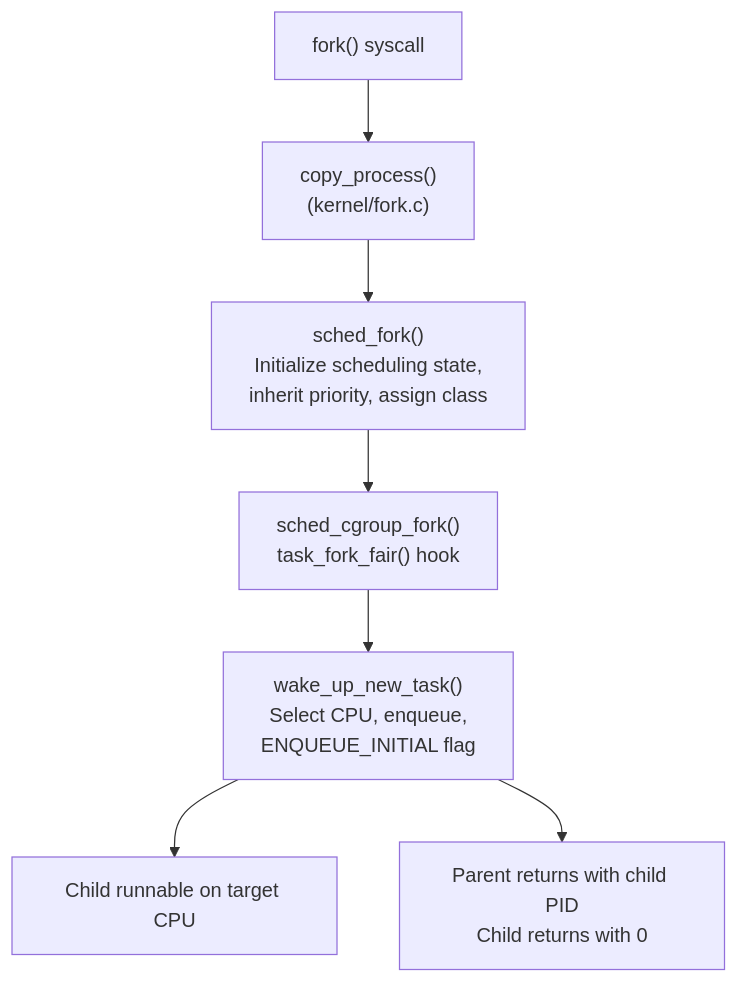
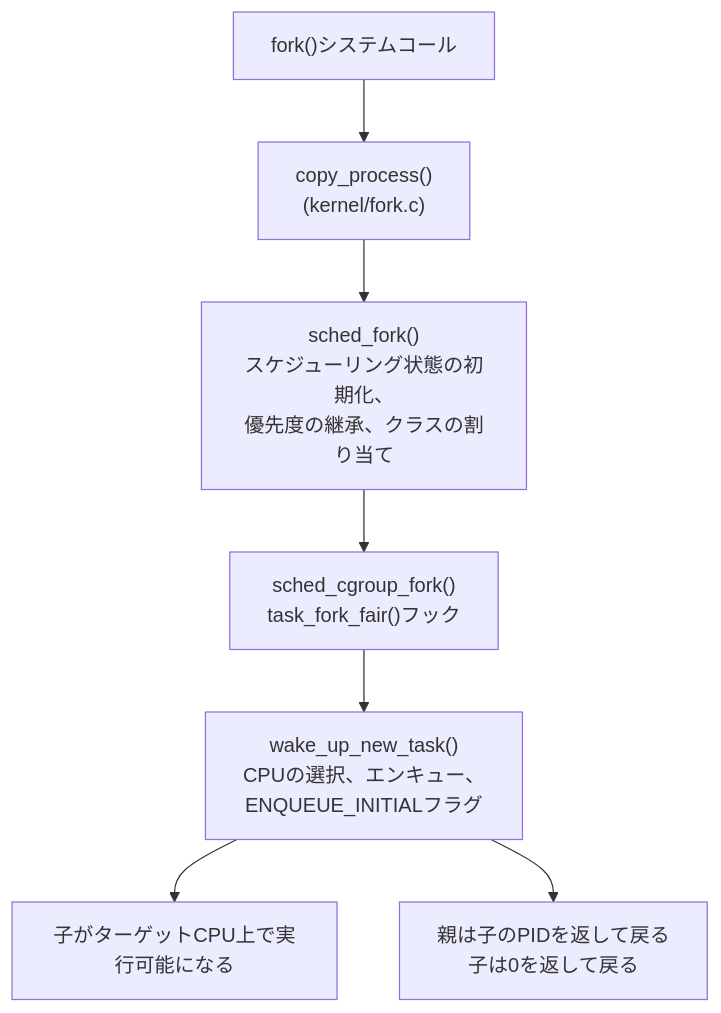
Before and after one commit to doguto/linux-kernel-internals-jp: the diagram in docs/sched/sched-fork.md, drawn with Mermaid. The commit also changed other lines of this file and 2 other files, not shown here.

````diff
--- a/docs/sched/sched-fork.md
+++ b/docs/sched/sched-fork.md
@@ -9,13 +9,13 @@
 ```mermaid
 flowchart TB
-    A["fork() syscall"]
+    A["fork()システムコール"]
     B["copy_process()<br/>(kernel/fork.c)"]
-    C["sched_fork()<br/>Initialize scheduling state,<br/>inherit priority, assign class"]
-    D["sched_cgroup_fork()<br/>task_fork_fair() hook"]
-    E["wake_up_new_task()<br/>Select CPU, enqueue,<br/>ENQUEUE_INITIAL flag"]
-    F["Child runnable on target CPU"]
-    G["Parent returns with child PID<br/>Child returns with 0"]
+    C["sched_fork()<br/>スケジューリング状態の初期化、<br/>優先度の継承、クラスの割り当て"]
+    D["sched_cgroup_fork()<br/>task_fork_fair()フック"]
+    E["wake_up_new_task()<br/>CPUの選択、エンキュー、<br/>ENQUEUE_INITIALフラグ"]
+    F["子がターゲットCPU上で実行可能になる"]
+    G["親は子のPIDを返して戻る<br/>子は0を返して戻る"]
 
     A --> B --> C --> D --> E --> F
     E --> G
 ```
````
